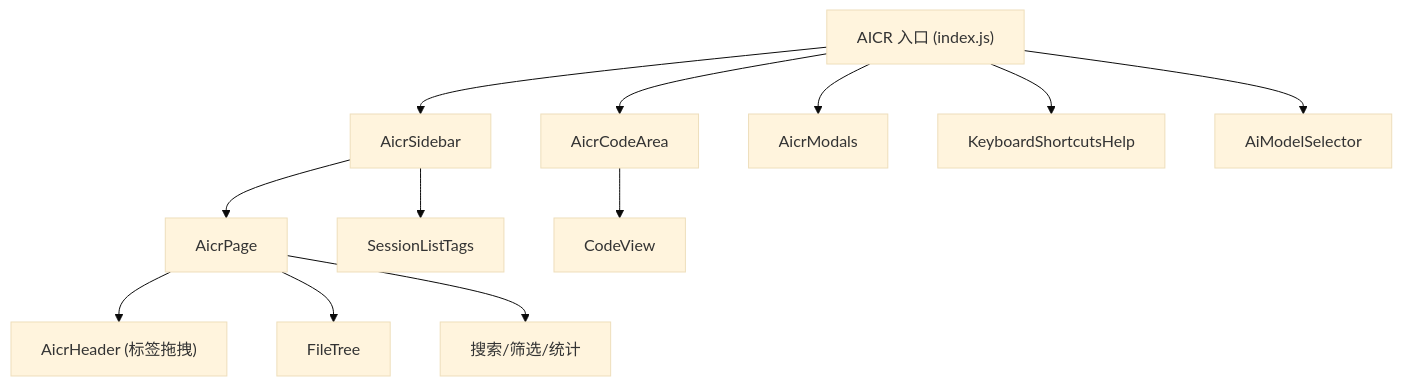
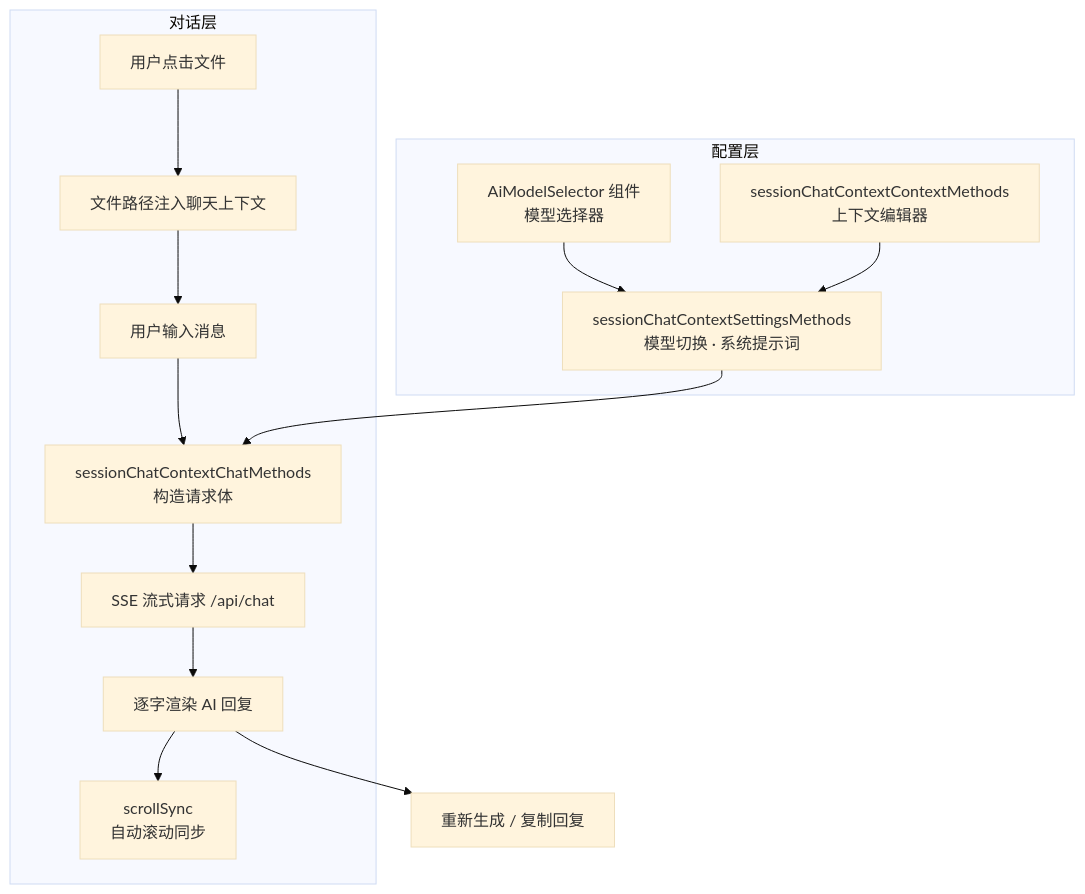
One commit to effiy/YiWeb changed the third of 12 diagrams in docs/故事任务面板/aicr/技术评审.md. Above: the diagram before and after it, drawn with Mermaid (base theme). The commit also changed other lines of this file and 7 other files, not shown here.

````diff
--- a/docs/故事任务面板/aicr/技术评审.md
+++ b/docs/故事任务面板/aicr/技术评审.md
@@ -21,14 +442,19 @@
 ```mermaid
 flowchart TD
-    AICR["AICR 入口 (index.js)"] --> SIDEBAR["AicrSidebar"]
-    AICR --> CODEAREA["AicrCodeArea"]
-    SIDEBAR --> PAGE["AicrPage"]
-    PAGE --> HEADER["AicrHeader (标签拖拽)"]
-    PAGE --> FILETREE["FileTree"]
-    PAGE --> SEARCH["搜索/筛选/统计"]
-    SIDEBAR --> SESSION["SessionListTags"]
-    CODEAREA --> CODEVIEW["CodeView"]
-    AICR --> MODALS["AicrModals"]
-    AICR --> HELP["KeyboardShortcutsHelp"]
-    AICR --> MODEL["AiModelSelector"]
+    subgraph 配置层["配置层"]
+        MODEL["AiModelSelector 组件<br/>模型选择器"] --> SETTINGS["sessionChatContextSettingsMethods<br/>模型切换 · 系统提示词"]
+        CTX["sessionChatContextContextMethods<br/>上下文编辑器"] --> SETTINGS
+    end
+
+    subgraph 对话层["对话层"]
+        SELECT["用户点击文件"] --> ATTACH["文件路径注入聊天上下文"]
+        ATTACH --> INPUT["用户输入消息"]
+        INPUT --> SEND["sessionChatContextChatMethods<br/>构造请求体"]
+        SEND --> SSE["SSE 流式请求 /api/chat"]
+        SSE --> RENDER["逐字渲染 AI 回复"]
+        RENDER --> SCROLL["scrollSync<br/>自动滚动同步"]
+    end
+
+    SETTINGS --> SEND
+    RENDER --> REGEN["重新生成 / 复制回复"]
 ```
````
